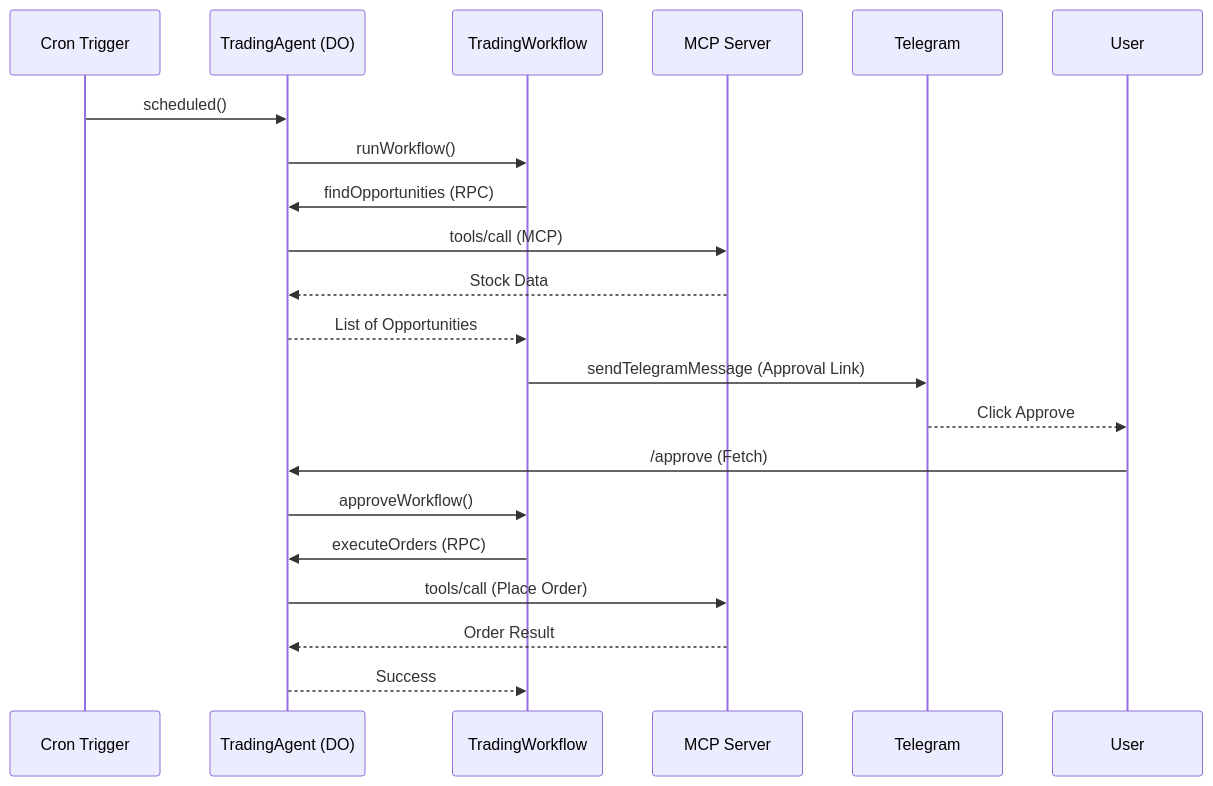
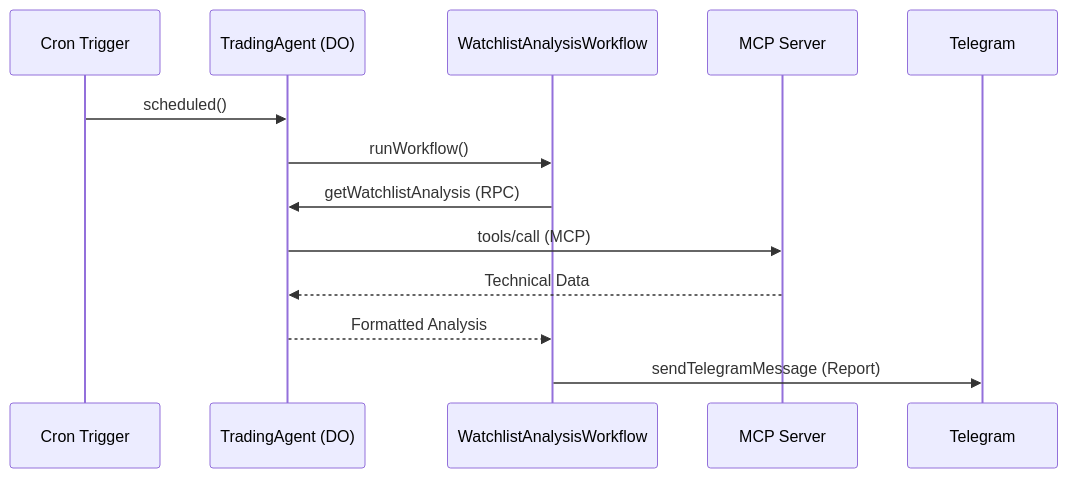
One commit to imdurgadas/cf-stock-trading-agent changed the diagram in AGENTS.md. Above: the diagram before and after it, drawn with Mermaid. The commit also changed other lines of this file and 3 other files, not shown here.

Commit message:
refactor: remove trading workflow and associated infrastructure to focus on watchlist analysis

````diff
--- a/AGENTS.md
+++ b/AGENTS.md
@@ -28,23 +21,16 @@
 ```mermaid
 sequenceDiagram
     participant C as Cron Trigger
     participant A as TradingAgent (DO)
-    participant W as TradingWorkflow
+    participant W as WatchlistAnalysisWorkflow
     participant M as MCP Server
     participant T as Telegram
 
     C->>A: scheduled()
     A->>W: runWorkflow()
-    W->>A: findOpportunities (RPC)
+    W->>A: getWatchlistAnalysis (RPC)
     A->>M: tools/call (MCP)
-    M-->>A: Stock Data
-    A-->>W: List of Opportunities
-    W->>T: sendTelegramMessage (Approval Link)
-    T-->>User: Click Approve
-    User->>A: /approve (Fetch)
-    A->>W: approveWorkflow()
-    W->>A: executeOrders (RPC)
-    A->>M: tools/call (Place Order)
-    M-->>A: Order Result
-    A-->>W: Success
+    M-->>A: Technical Data
+    A-->>W: Formatted Analysis
+    W->>T: sendTelegramMessage (Report)
 ```
````
